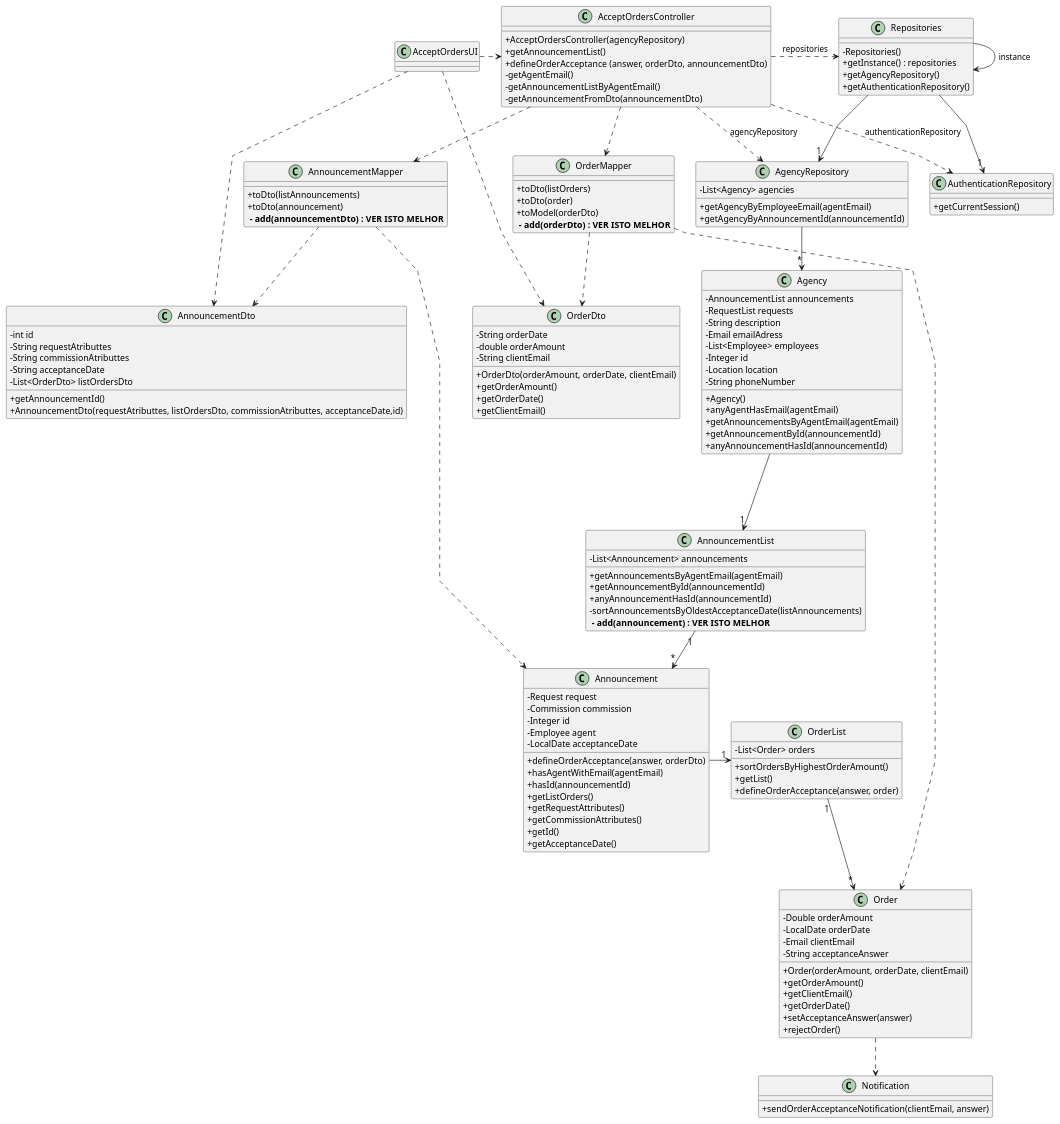
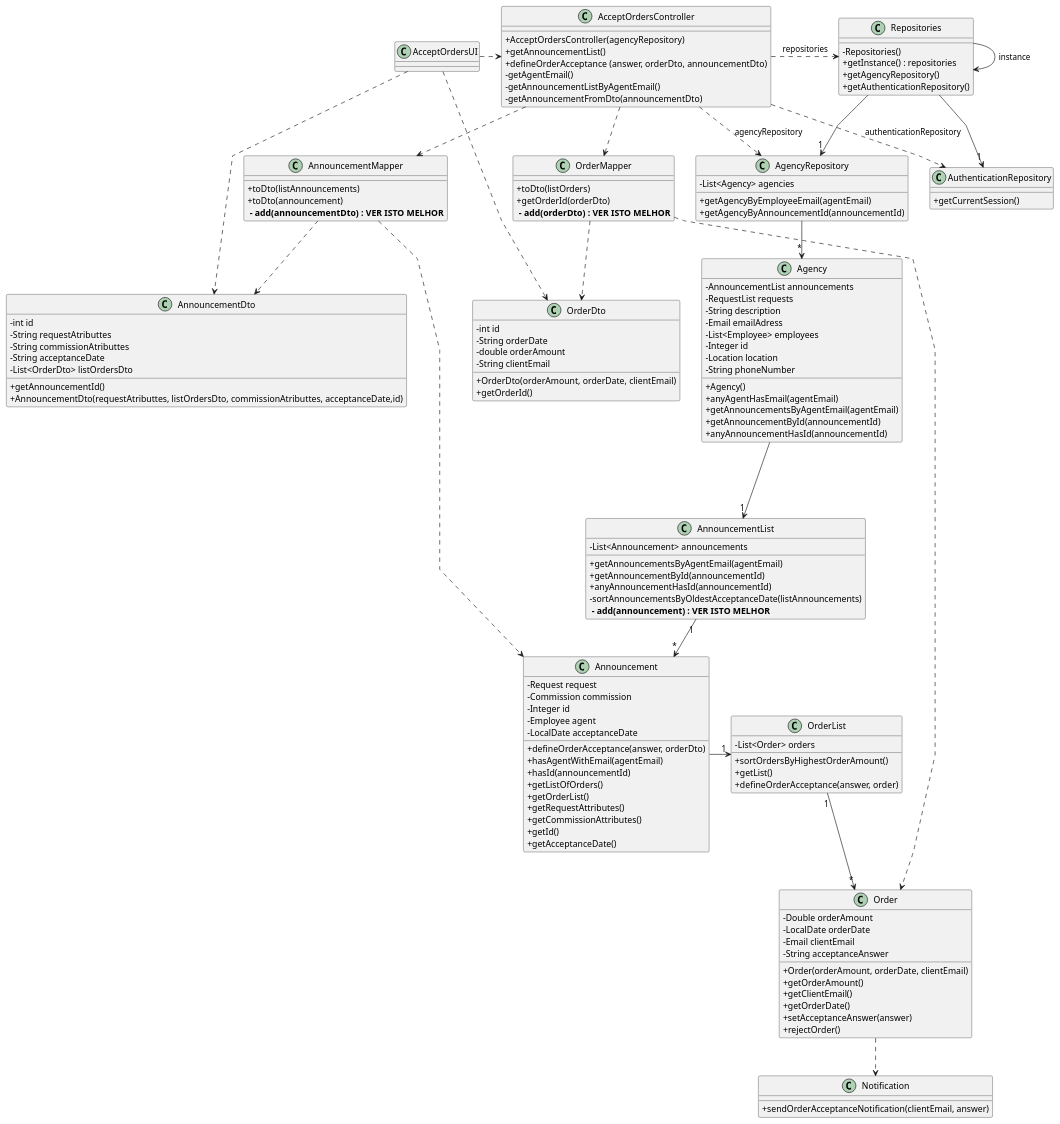
The diagram in docs/sprintC/us011/03.design/puml/us011-class-diagram.puml (rita-barbosa/LAPR2-2223), drawn with PlantUML before and after one commit. The commit also changed 11 other files, not shown here.

Commit message:
Update diagrams: sequence & class [US011][Design][#05 Task]

```diff
--- a/docs/sprintC/us011/03.design/puml/us011-class-diagram.puml
+++ b/docs/sprintC/us011/03.design/puml/us011-class-diagram.puml
@@ -1,162 +1,161 @@
 @startuml
 'skinparam monochrome true
 skinparam packageStyle rectangle
 skinparam shadowing false
 skinparam linetype polyline
 'skinparam linetype orto
 
 skinparam classAttributeIconSize 0
 
 class Notification {
 + sendOrderAcceptanceNotification(clientEmail, answer)
 }
 
 class Order {
     - Double orderAmount
     - LocalDate orderDate
     - Email clientEmail
     - String acceptanceAnswer
     + Order(orderAmount, orderDate, clientEmail)
     + getOrderAmount()
     + getClientEmail()
     + getOrderDate()
     + setAcceptanceAnswer(answer)
     + rejectOrder()
 }
 
 class OrderMapper {
     + toDto(listOrders)
-    + toDto(order)
-    + toModel(orderDto)
+    + getOrderId(orderDto)
     ** - add(orderDto) : VER ISTO MELHOR**
 }
 
 class OrderList {
     - List<Order> orders
     + sortOrdersByHighestOrderAmount()
     + getList()
     + defineOrderAcceptance(answer, order)
 }
 
 class OrderDto {
+    - int id
     - String orderDate
     - double orderAmount
     - String clientEmail
     + OrderDto(orderAmount, orderDate, clientEmail)
-    + getOrderAmount()
-    + getOrderDate()
-    + getClientEmail()
+    + getOrderId()
 }
 
 class Announcement {
     - Request request
     - Commission commission
     - Integer id
     - Employee agent
     - LocalDate acceptanceDate
     + defineOrderAcceptance(answer, orderDto)
     + hasAgentWithEmail(agentEmail)
     + hasId(announcementId)
-    + getListOrders()
+    + getListOfOrders()
+    + getOrderList()
     + getRequestAttributes()
     + getCommissionAttributes()
     + getId()
     + getAcceptanceDate()
 }
 
 class AnnouncementDto {
     - int id
     - String requestAtributtes
     - String commissionAtributtes
     - String acceptanceDate
     - List<OrderDto> listOrdersDto
     + getAnnouncementId()
     + AnnouncementDto(requestAtributtes, listOrdersDto, commissionAtributtes, acceptanceDate,id)
 }
 
 class AnnouncementList {
     - List<Announcement> announcements
     + getAnnouncementsByAgentEmail(agentEmail)
     + getAnnouncementById(announcementId)
     + anyAnnouncementHasId(announcementId)
     - sortAnnouncementsByOldestAcceptanceDate(listAnnouncements)
     ** - add(announcement) : VER ISTO MELHOR**
 }
 
 class AnnouncementMapper {
     + toDto(listAnnouncements)
     + toDto(announcement)
     ** - add(announcementDto) : VER ISTO MELHOR**
 }
 
 class Agency {
     - AnnouncementList announcements
     - RequestList requests
     - String description
     - Email emailAdress
     - List<Employee> employees
     - Integer id
     - Location location
     - String phoneNumber
     + Agency()
     + anyAgentHasEmail(agentEmail)
     + getAnnouncementsByAgentEmail(agentEmail)
     + getAnnouncementById(announcementId)
     + anyAnnouncementHasId(announcementId)
 }
 
 class AgencyRepository {
     - List<Agency> agencies
     + getAgencyByEmployeeEmail(agentEmail)
     + getAgencyByAnnouncementId(announcementId)
 }
 class AuthenticationRepository{
  + getCurrentSession()
 }
 
 class Repositories {
     - Repositories()
     + getInstance() : repositories
     + getAgencyRepository()
     + getAuthenticationRepository()
 
 }
 
 class AcceptOrdersController {
     + AcceptOrdersController(agencyRepository)
     + getAnnouncementList()
     + defineOrderAcceptance (answer, orderDto, announcementDto)
     - getAgentEmail()
     - getAnnouncementListByAgentEmail()
     - getAnnouncementFromDto(announcementDto)
 }
 
 
 class AcceptOrdersUI {
 }
 
 Repositories -> Repositories : instance
 
 AcceptOrdersUI .> AcceptOrdersController
 AcceptOrdersController .> Repositories : repositories
 AcceptOrdersController .-> AgencyRepository : agencyRepository
 AcceptOrdersController .-> AuthenticationRepository :  authenticationRepository
 AcceptOrdersController .-> AnnouncementMapper
 AnnouncementMapper .-> AnnouncementDto
 AnnouncementMapper .> Announcement
 AcceptOrdersController .-> OrderMapper
 OrderMapper .-> OrderDto
 OrderMapper.> Order
 AcceptOrdersUI .> AnnouncementDto
 AcceptOrdersUI .> OrderDto
 Repositories --> "1" AuthenticationRepository
 Repositories --> "1" AgencyRepository
 AgencyRepository --> "*" Agency
 Agency ---> "1" AnnouncementList
 AnnouncementList "1" --> "*" Announcement
 Announcement -> "1" OrderList
 OrderList "1" --> "*" Order
 Order .-> Notification
 
 
 @enduml
```
